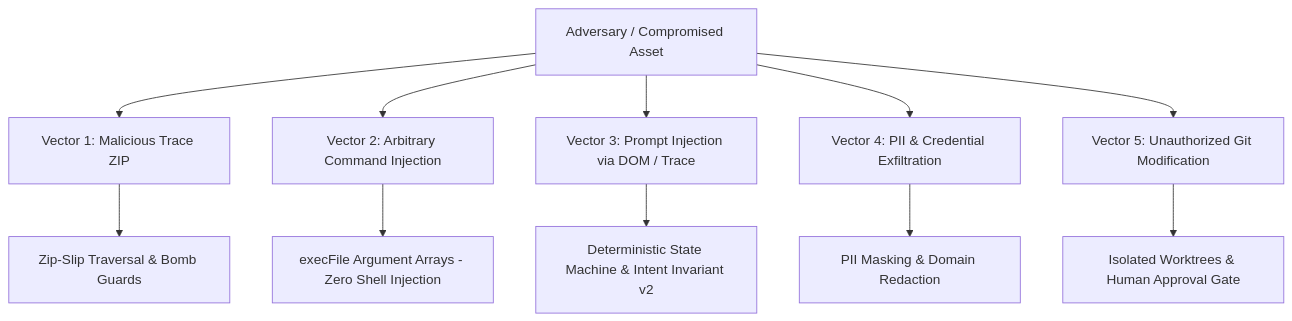
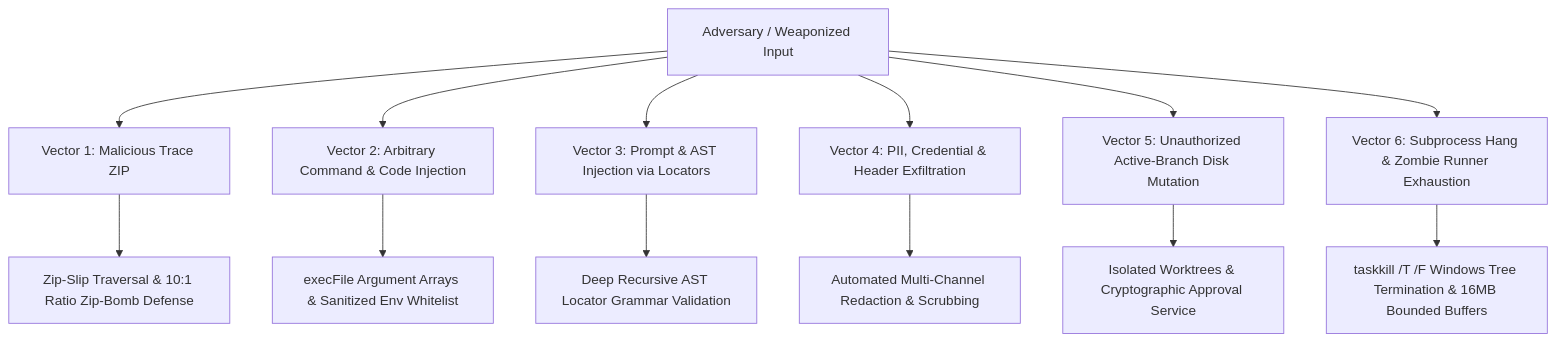
One commit to lst2121/playwright-intelligence-engine changed the diagram in docs/SECURITY_MODEL.md. Above: the diagram before and after it, drawn with Mermaid. The commit also changed other lines of this file and 35 other files, not shown here.

Commit message:
feat(multi-source-benchmarks): empirical 104-scenario benchmark runner, multi-source evidence engine, action-anchored causality, 365 tests passing

````diff
--- a/docs/SECURITY_MODEL.md
+++ b/docs/SECURITY_MODEL.md
@@ -11,14 +11,16 @@
 ```mermaid
 graph TD
-    Attacker[Adversary / Compromised Asset] --> T1[Vector 1: Malicious Trace ZIP]
-    Attacker --> T2[Vector 2: Arbitrary Command Injection]
-    Attacker --> T3[Vector 3: Prompt Injection via DOM / Trace]
-    Attacker --> T4[Vector 4: PII & Credential Exfiltration]
-    Attacker --> T5[Vector 5: Unauthorized Git Modification]
+    Attacker[Adversary / Weaponized Input] --> T1[Vector 1: Malicious Trace ZIP]
+    Attacker --> T2[Vector 2: Arbitrary Command & Code Injection]
+    Attacker --> T3[Vector 3: Prompt & AST Injection via Locators]
+    Attacker --> T4[Vector 4: PII, Credential & Header Exfiltration]
+    Attacker --> T5[Vector 5: Unauthorized Active-Branch Disk Mutation]
+    Attacker --> T6[Vector 6: Subprocess Hang & Zombie Runner Exhaustion]
 
-    T1 --> D1[Zip-Slip Traversal & Bomb Guards]
-    T2 --> D2[execFile Argument Arrays - Zero Shell Injection]
-    T3 --> D3[Deterministic State Machine & Intent Invariant v2]
-    T4 --> D4[PII Masking & Domain Redaction]
-    T5 --> D5[Isolated Worktrees & Human Approval Gate]
+    T1 --> D1[Zip-Slip Traversal & 10:1 Ratio Zip-Bomb Defense]
+    T2 --> D2[execFile Argument Arrays & Sanitized Env Whitelist]
+    T3 --> D3[Deep Recursive AST Locator Grammar Validation]
+    T4 --> D4[Automated Multi-Channel Redaction & Scrubbing]
+    T5 --> D5[Isolated Worktrees & Cryptographic Approval Service]
+    T6 --> D6[taskkill /T /F Windows Tree Termination & 16MB Bounded Buffers]
 ```
````
